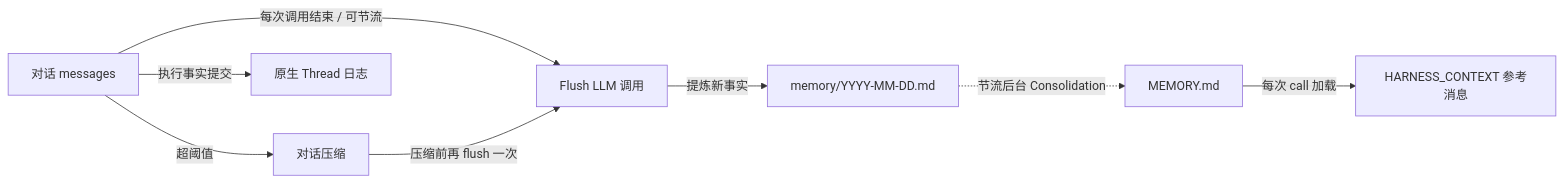
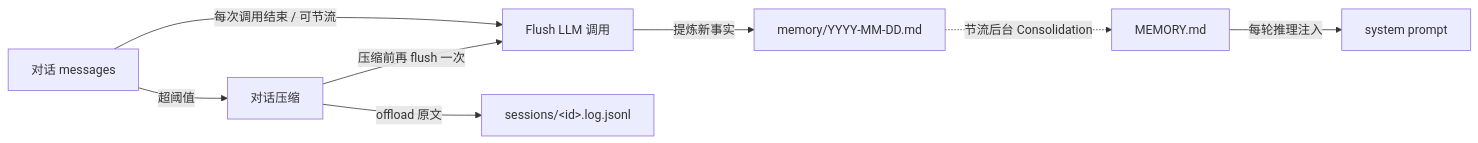
Before and after one commit to agentscope-ai/agentscope-java: the diagram in docs/v2/zh/docs/harness/memory.md, drawn with Mermaid. The commit also changed other lines of this file and 3421 other files, not shown here.

````diff
--- a/docs/v2/zh/docs/harness/memory.md
+++ b/docs/v2/zh/docs/harness/memory.md
@@ -34,11 +34,11 @@
 ```mermaid
 graph LR
     Conv["对话 messages"]
     Conv -->|每次调用结束 / 可节流| Flush["Flush LLM 调用"]
     Flush -->|提炼新事实| Daily["memory/YYYY-MM-DD.md"]
     Conv -->|超阈值| Compactor["对话压缩"]
-    Conv -->|执行事实提交| Sess["原生 Thread 日志"]
+    Compactor -->|offload 原文| Sess["sessions/&lt;id&gt;.log.jsonl"]
     Compactor -->|压缩前再 flush 一次| Flush
     Daily -. 节流后台 Consolidation .-> MEM["MEMORY.md"]
-    MEM -->|每次 call 加载| SYS["HARNESS_CONTEXT 参考消息"]
+    MEM -->|每轮推理注入| SYS["system prompt"]
 ```
````
